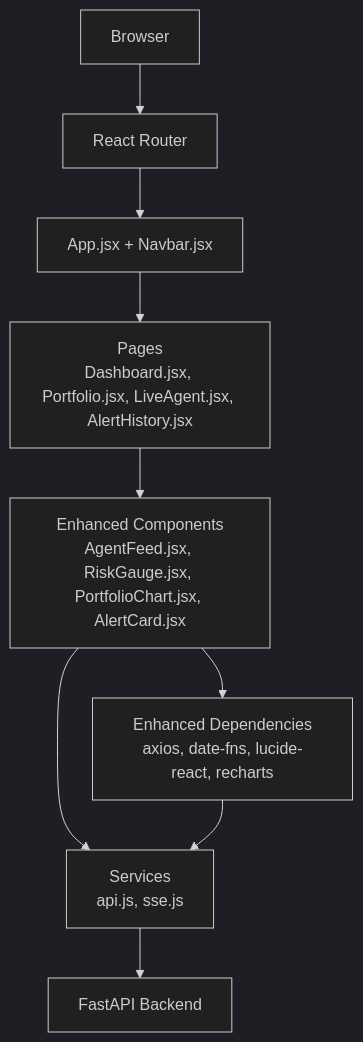
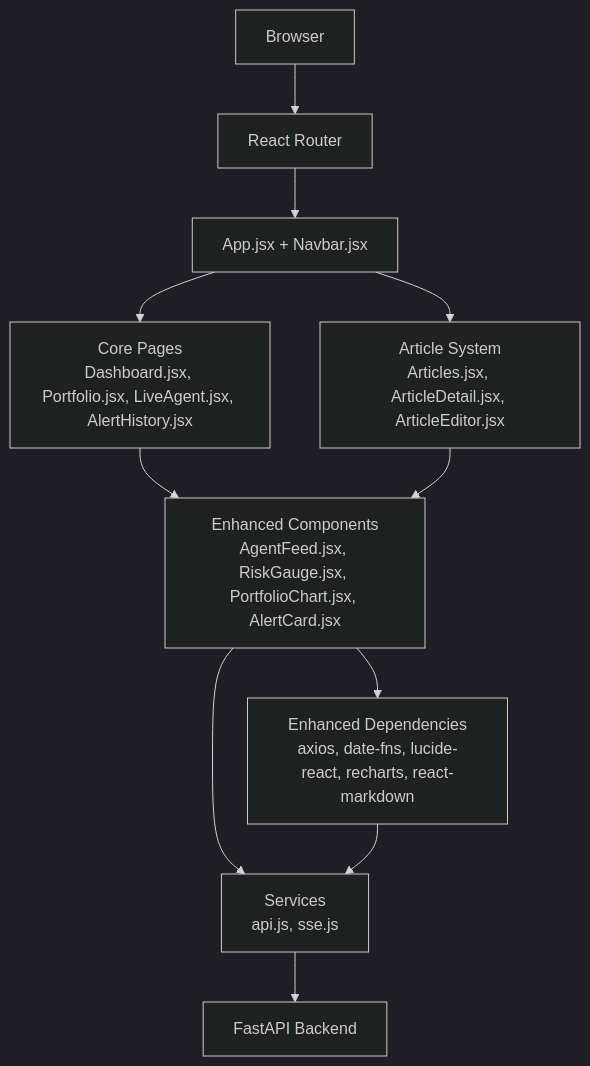
Before and after one commit to ishwarambare/ishwarambare-app: the second of 11 diagrams in .qoder/repowiki/en/content/Frontend Architecture/React Application Structure.md, drawn with Mermaid (dark theme). The commit also changed other lines of this file and 10 other files, not shown here.

````diff
--- a/.qoder/repowiki/en/content/Frontend Architecture/React Application Structure.md
+++ b/.qoder/repowiki/en/content/Frontend Architecture/React Application Structure.md
@@ -186,19 +226,22 @@
 ```mermaid
 graph TB
 CLIENT["Browser"]
 ROUTER["React Router"]
 LAYOUT["App.jsx + Navbar.jsx"]
-PAGES["Pages<br/>Dashboard.jsx, Portfolio.jsx, LiveAgent.jsx, AlertHistory.jsx"]
+PAGES["Core Pages<br/>Dashboard.jsx, Portfolio.jsx, LiveAgent.jsx, AlertHistory.jsx"]
+ARTICLES["Article System<br/>Articles.jsx, ArticleDetail.jsx, ArticleEditor.jsx"]
 COMPONENTS["Enhanced Components<br/>AgentFeed.jsx, RiskGauge.jsx, PortfolioChart.jsx, AlertCard.jsx"]
 SERVICES["Services<br/>api.js, sse.js"]
-DEPS["Enhanced Dependencies<br/>axios, date-fns, lucide-react, recharts"]
+DEPS["Enhanced Dependencies<br/>axios, date-fns, lucide-react, recharts, react-markdown"]
 BACKEND["FastAPI Backend"]
 CLIENT --> ROUTER
 ROUTER --> LAYOUT
 LAYOUT --> PAGES
+LAYOUT --> ARTICLES
 PAGES --> COMPONENTS
+ARTICLES --> COMPONENTS
 COMPONENTS --> SERVICES
 COMPONENTS --> DEPS
 SERVICES --> BACKEND
 DEPS --> SERVICES
 ```
````
